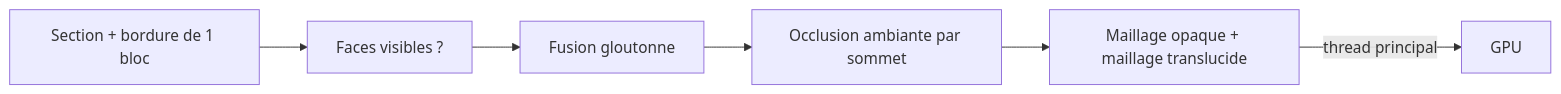
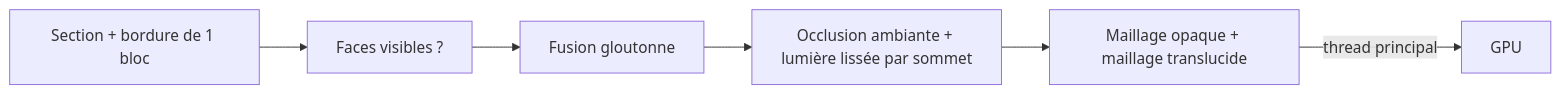
One commit to SinfulDice/strata-mundi changed the diagram in docs/explications/chunks-et-maillage.md. Above: the diagram before and after it, drawn with Mermaid. The commit also changed other lines of this file and 4 other files, not shown here.

````diff
--- a/docs/explications/chunks-et-maillage.md
+++ b/docs/explications/chunks-et-maillage.md
@@ -26,8 +26,8 @@
 ```mermaid
 graph LR
     S[Section + bordure de 1 bloc] --> C[Faces visibles ?]
     C --> G[Fusion gloutonne]
-    G --> A[Occlusion ambiante par sommet]
+    G --> A[Occlusion ambiante + lumière lissée par sommet]
     A --> M[Maillage opaque + maillage translucide]
     M -->|thread principal| GPU
 ```
````
